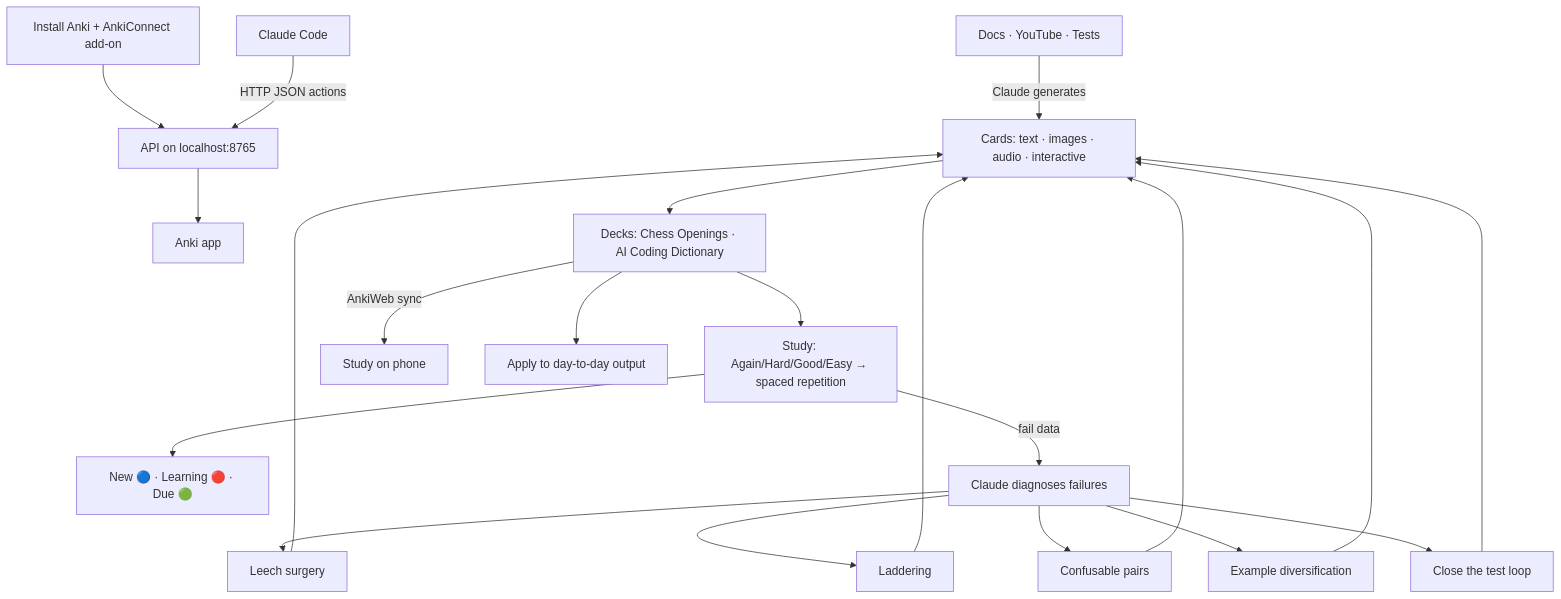
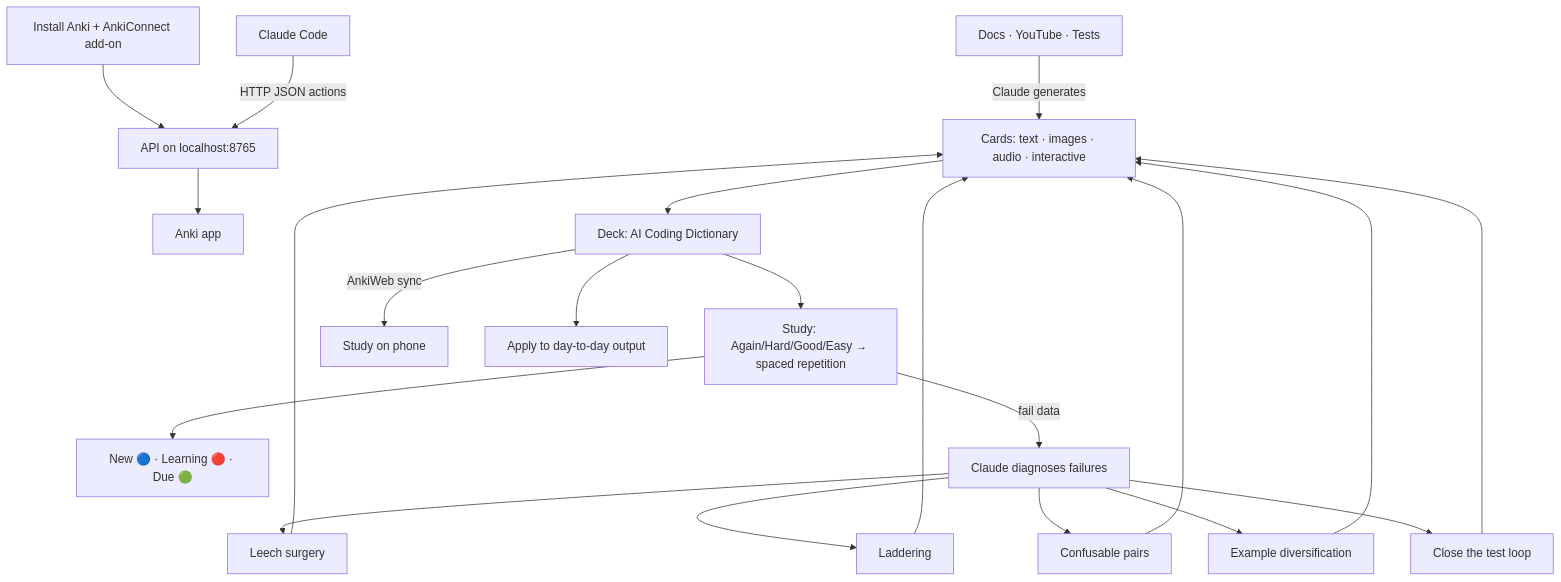
Before and after one commit to manellore5/AI-Learning: the diagram in Anki/Anki with Claude — Setup, What We Built, and Workflows.md, drawn with Mermaid. The commit also changed other lines of this file, not shown here.

First line of the commit message:
Remove chess example from Anki notes; keep AI Coding Dictionary

````diff
--- a/Anki/Anki with Claude — Setup, What We Built, and Workflows.md
+++ b/Anki/Anki with Claude — Setup, What We Built, and Workflows.md
@@ -121,26 +118,26 @@
 ```mermaid
 graph TD
   Install[Install Anki + AnkiConnect add-on] --> Port[API on localhost:8765]
   Claude[Claude Code] -->|HTTP JSON actions| Port
   Port --> Anki[Anki app]
 
   Sources[Docs · YouTube · Tests] -->|Claude generates| Cards[Cards: text · images · audio · interactive]
-  Cards --> Decks[Decks: Chess Openings · AI Coding Dictionary]
+  Cards --> Decks[Deck: AI Coding Dictionary]
   Decks --> Study[Study: Again/Hard/Good/Easy → spaced repetition]
   Study --> Counts[New 🔵 · Learning 🔴 · Due 🟢]
   Study -->|fail data| Diagnose[Claude diagnoses failures]
 
   Diagnose --> Leech[Leech surgery]
   Diagnose --> Ladder[Laddering]
   Diagnose --> Confuse[Confusable pairs]
   Diagnose --> Divers[Example diversification]
   Diagnose --> TestLoop[Close the test loop]
   Leech --> Cards
   Ladder --> Cards
   Confuse --> Cards
   Divers --> Cards
   TestLoop --> Cards
 
   Decks -->|AnkiWeb sync| Phone[Study on phone]
   Decks --> Apply[Apply to day-to-day output]
 ```
````
